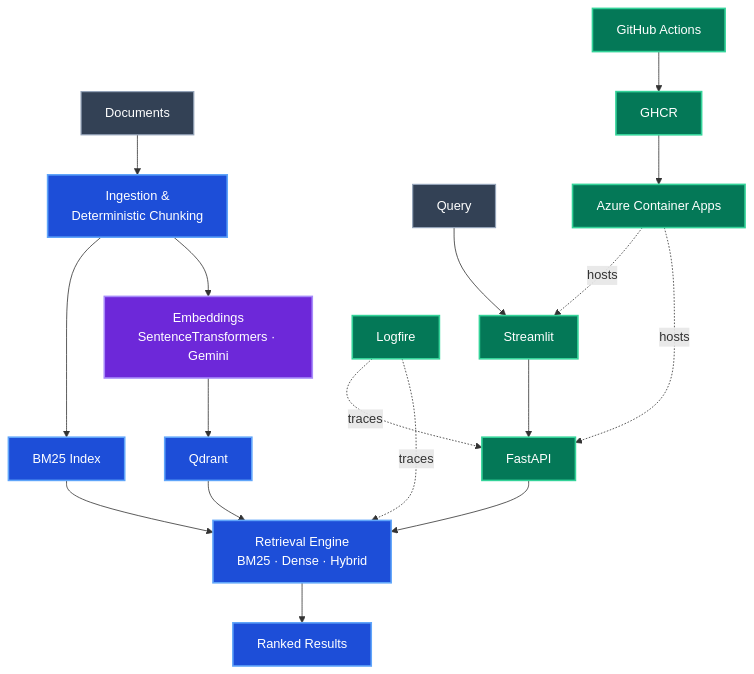
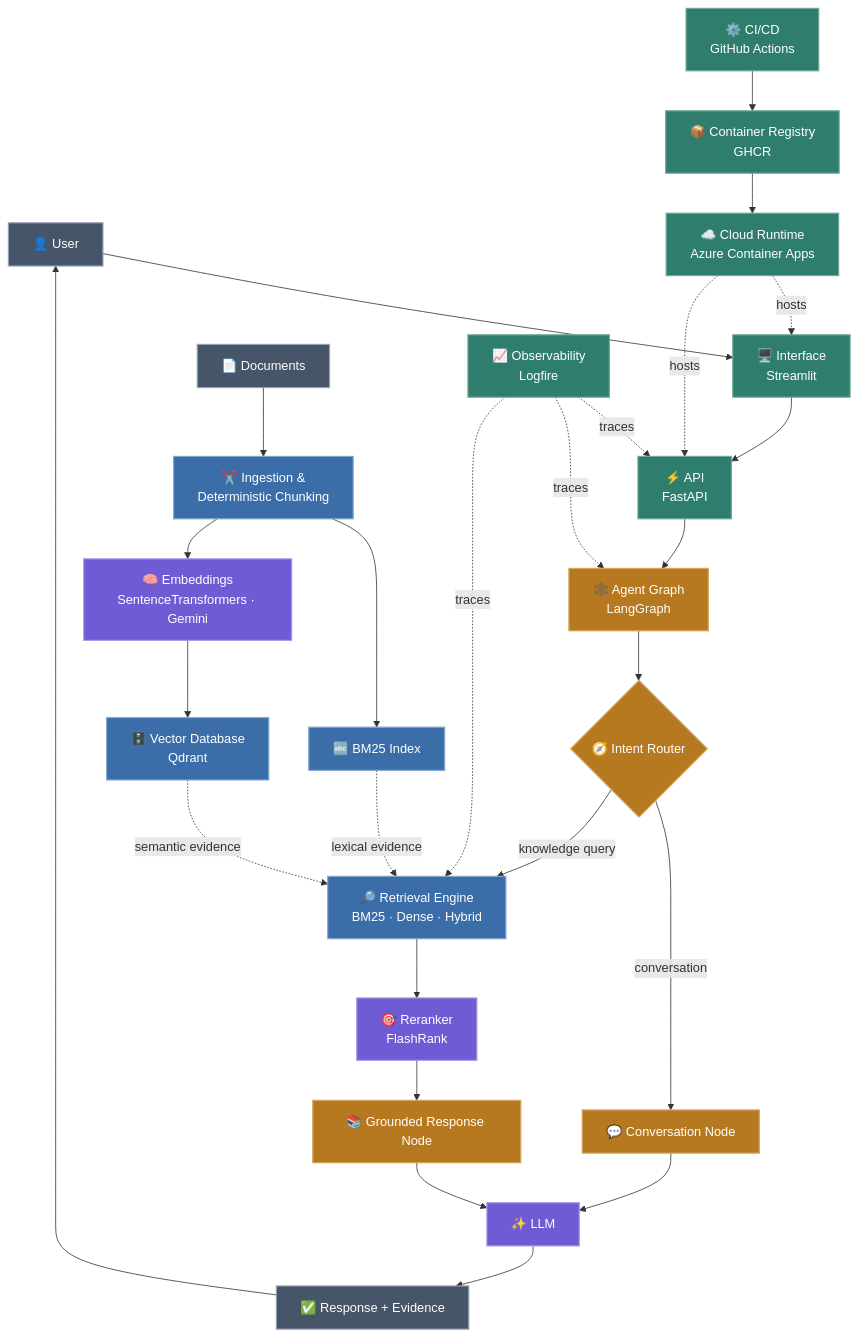
Before and after one commit to bksampadi/SignalRank-RAG: the diagram in README.md, drawn with Mermaid. The commit also changed other lines of this file, not shown here.

Commit message:
docs: update architecture for agentic RAG and reranking

````diff
--- a/README.md
+++ b/README.md
@@ -48,33 +82,80 @@
 ```mermaid
 flowchart TB
 
-    DOCS["Documents"] --> ING["Ingestion &<br/>Deterministic Chunking"]
-    ING --> BM["BM25 Index"]
-    ING --> EMB["Embeddings<br/>SentenceTransformers · Gemini"]
-    EMB --> QD["Qdrant"]
+    %% =========================
+    %% USER / SOFTWARE / AGENTS
+    %% =========================
 
-    QUERY["Query"] --> UI["Streamlit"]
-    UI --> API["FastAPI"]
-    API --> RET["Retrieval Engine<br/>BM25 · Dense · Hybrid"]
+    USER["👤 User"]
+    UI["🖥️ Interface<br/>Streamlit"]
+    API["⚡ API<br/>FastAPI"]
+    GRAPH["🕸️ Agent Graph<br/>LangGraph"]
+    ROUTER{"🧭 Intent Router"}
 
-    BM --> RET
-    QD --> RET
-    RET --> RESULT["Ranked Results"]
+    USER --> UI --> API --> GRAPH --> ROUTER
 
-    GH["GitHub Actions"] --> REG["GHCR"] --> AZ["Azure Container Apps"]
+    ROUTER -->|conversation| CONV["💬 Conversation Node"]
+    CONV --> LLM["✨ LLM"]
+
+    ROUTER -->|knowledge query| RET["🔎 Retrieval Engine<br/>BM25 · Dense · Hybrid"]
+
+    RET --> RR["🎯 Reranker<br/>FlashRank"]
+    RR --> RESP["📚 Grounded Response Node"]
+    RESP --> LLM
+
+    LLM --> RESULT["✅ Response + Evidence"]
+    RESULT --> USER
+
+
+    %% =========================
+    %% RAG / KNOWLEDGE PLANE
+    %% =========================
+
+    DOCS["📄 Documents"]
+    ING["✂️ Ingestion &<br/>Deterministic Chunking"]
+    BM["🔤 BM25 Index"]
+    EMB["🧠 Embeddings<br/>SentenceTransformers · Gemini"]
+    QD["🗄️ Vector Database<br/>Qdrant"]
+
+    DOCS --> ING
+    ING --> BM
+    ING --> EMB --> QD
+
+    BM -. lexical evidence .-> RET
+    QD -. semantic evidence .-> RET
+
+
+    %% =========================
+    %% PLATFORM SUPPORT
+    %% =========================
+
+    OBS["📈 Observability<br/>Logfire"]
+    OBS -. traces .-> API
+    OBS -. traces .-> GRAPH
+    OBS -. traces .-> RET
+
+    CI["⚙️ CI/CD<br/>GitHub Actions"]
+    REG["📦 Container Registry<br/>GHCR"]
+    AZ["☁️ Cloud Runtime<br/>Azure Container Apps"]
+
+    CI --> REG --> AZ
     AZ -. hosts .-> UI
     AZ -. hosts .-> API
 
-    OBS["Logfire"] -. traces .-> API
-    OBS -. traces .-> RET
 
-    class EMB ai
-    class ING,BM,QD,RET,RESULT rag
-    class UI,API,GH,REG,AZ,OBS software
-    class DOCS,QUERY neutral
+    %% =========================
+    %% COLORS
+    %% =========================
 
-    classDef ai fill:#6d28d9,stroke:#a78bfa,stroke-width:2px,color:#ffffff
-    classDef rag fill:#1d4ed8,stroke:#60a5fa,stroke-width:2px,color:#ffffff
-    classDef software fill:#047857,stroke:#34d399,stroke-width:2px,color:#ffffff
-    classDef neutral fill:#334155,stroke:#94a3b8,stroke-width:1.5px,color:#ffffff
+    class EMB,RR,LLM ai
+    class ING,BM,QD,RET rag
+    class GRAPH,ROUTER,CONV,RESP agentic
+    class UI,API,OBS,CI,REG,AZ platform
+    class DOCS,USER,RESULT neutral
+
+    classDef ai fill:#6F5BD3,stroke:#A99CE8,stroke-width:1.5px,color:#ffffff
+    classDef rag fill:#3B6EA8,stroke:#82A8CF,stroke-width:1.5px,color:#ffffff
+    classDef agentic fill:#B7791F,stroke:#D6A75C,stroke-width:1.5px,color:#ffffff
+    classDef platform fill:#2F7D6D,stroke:#72AA9E,stroke-width:1.5px,color:#ffffff
+    classDef neutral fill:#475569,stroke:#94A3B8,stroke-width:1.5px,color:#ffffff
 ```
````
